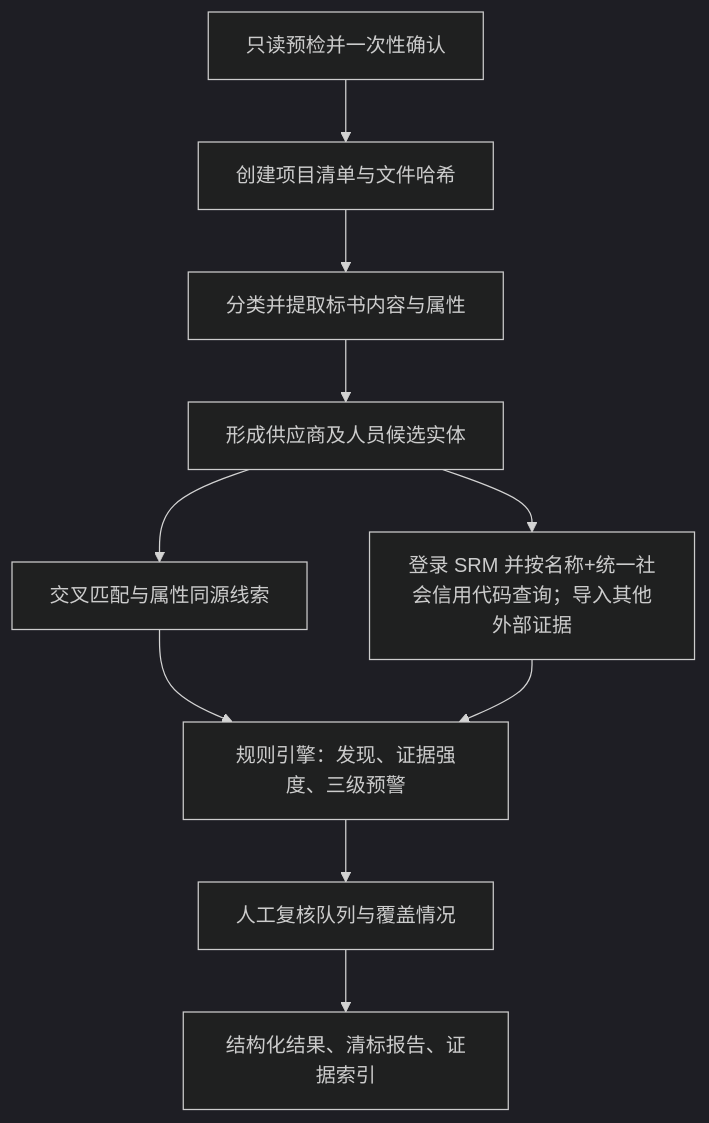
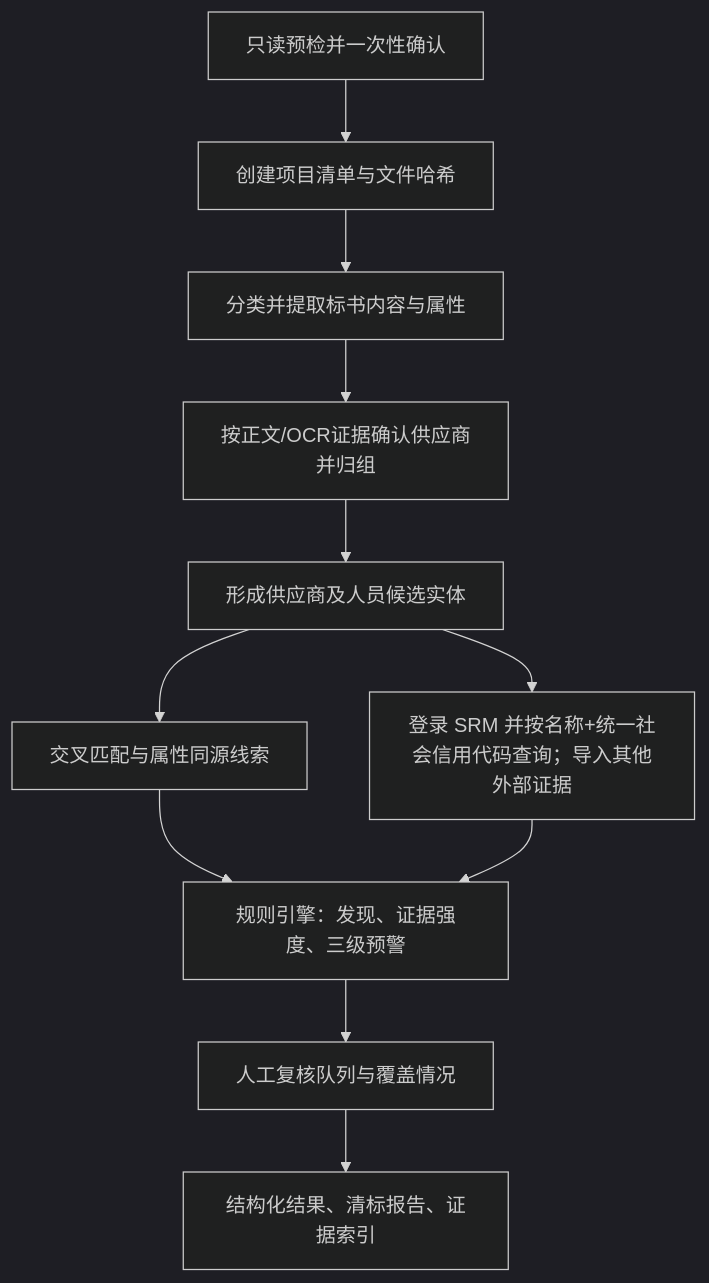
The diagram in references/workflow.md (tonyjin1206/tender-clearance), drawn with Mermaid (dark theme) before and after one commit. The commit also changed other lines of this file and 36 other files, not shown here.

````diff
--- a/references/workflow.md
+++ b/references/workflow.md
@@ -5,12 +5,13 @@
 ```mermaid
 flowchart TD
     P[只读预检并一次性确认] --> A[创建项目清单与文件哈希]
     A --> B[分类并提取标书内容与属性]
-    B --> C[形成供应商及人员候选实体]
-    C --> D[交叉匹配与属性同源线索]
-    C --> E[登录 SRM 并按名称+统一社会信用代码查询；导入其他外部证据]
-    D --> F[规则引擎：发现、证据强度、三级预警]
-    E --> F
-    F --> G[人工复核队列与覆盖情况]
-    G --> H[结构化结果、清标报告、证据索引]
+    B --> C[按正文/OCR证据确认供应商并归组]
+    C --> D[形成供应商及人员候选实体]
+    D --> E[交叉匹配与属性同源线索]
+    D --> F[登录 SRM 并按名称+统一社会信用代码查询；导入其他外部证据]
+    E --> G[规则引擎：发现、证据强度、三级预警]
+    F --> G
+    G --> H[人工复核队列与覆盖情况]
+    H --> I[结构化结果、清标报告、证据索引]
 ```
````
